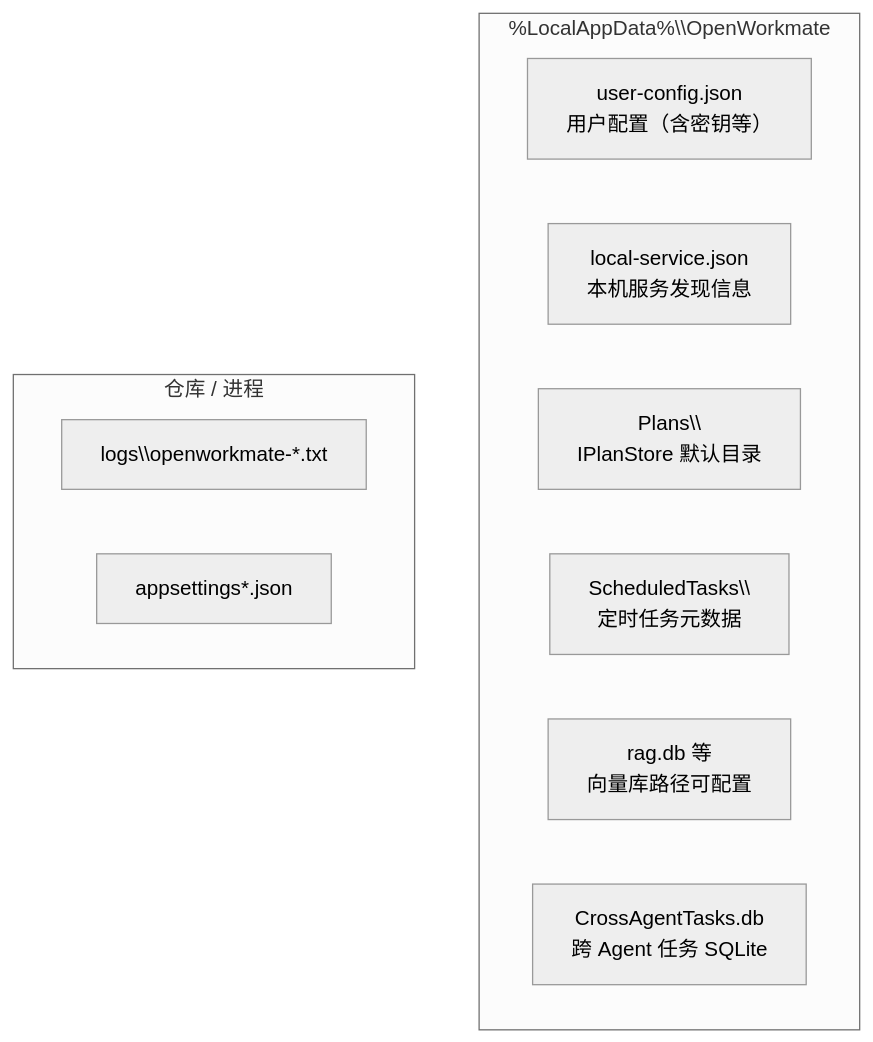
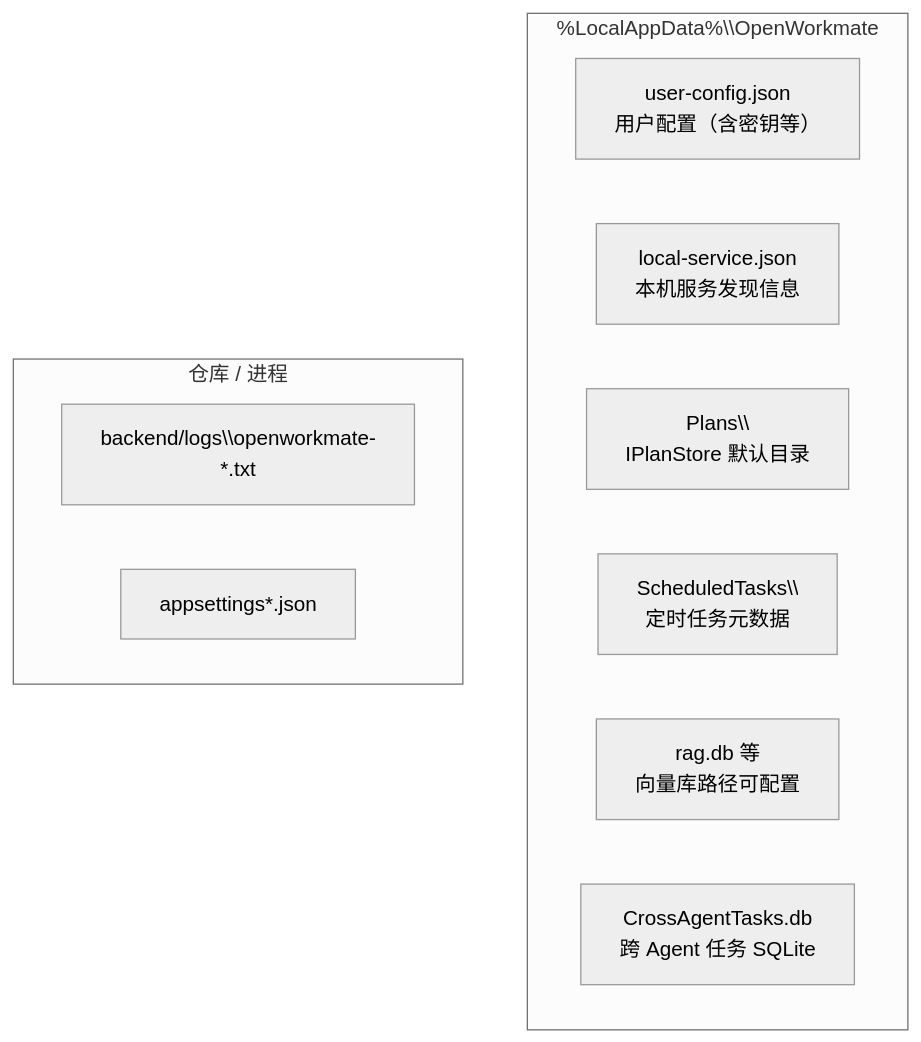
The seventh of 10 diagrams in docs/architecture-dimensions.md (torsilver/OpenWorkmate), drawn with Mermaid (neutral theme) before and after one commit. The commit also changed 10 other files, not shown here.

````diff
--- a/docs/architecture-dimensions.md
+++ b/docs/architecture-dimensions.md
@@ -197,16 +197,16 @@
 ```mermaid
 flowchart TB
   subgraph appdata["%LocalAppData%\\OpenWorkmate"]
     UC["user-config.json<br/>用户配置（含密钥等）"]
     LS["local-service.json<br/>本机服务发现信息"]
     PLANS["Plans\\<br/>IPlanStore 默认目录"]
     ST["ScheduledTasks\\<br/>定时任务元数据"]
     RAG["rag.db 等<br/>向量库路径可配置"]
     CAT["CrossAgentTasks.db<br/>跨 Agent 任务 SQLite"]
   end
 
   subgraph repo2["仓库 / 进程"]
-    LOGS["logs\\openworkmate-*.txt"]
+    LOGS["backend/logs\\openworkmate-*.txt"]
     APPSET["appsettings*.json"]
   end
 ```
````
